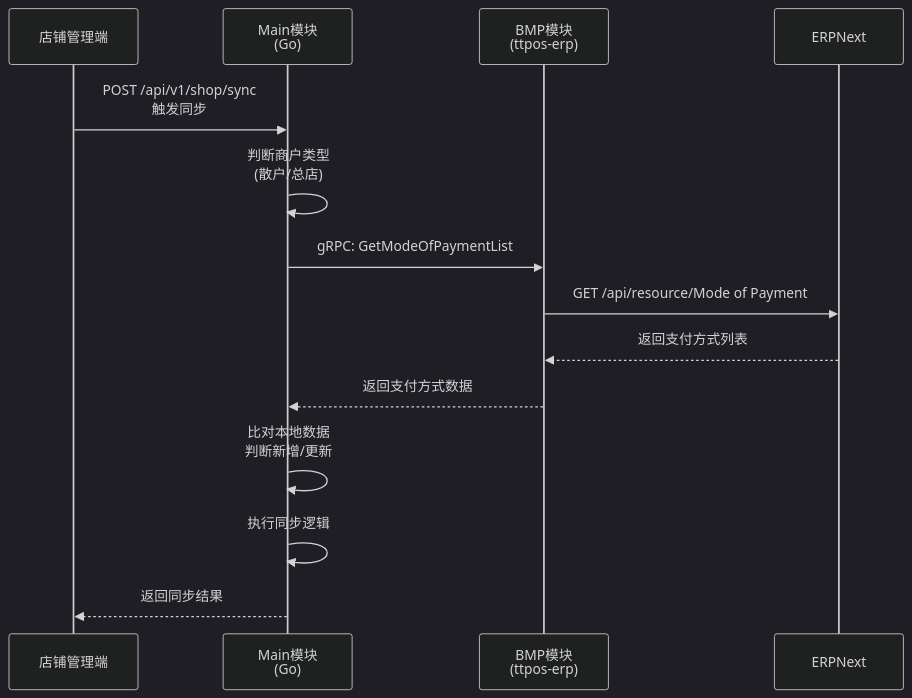
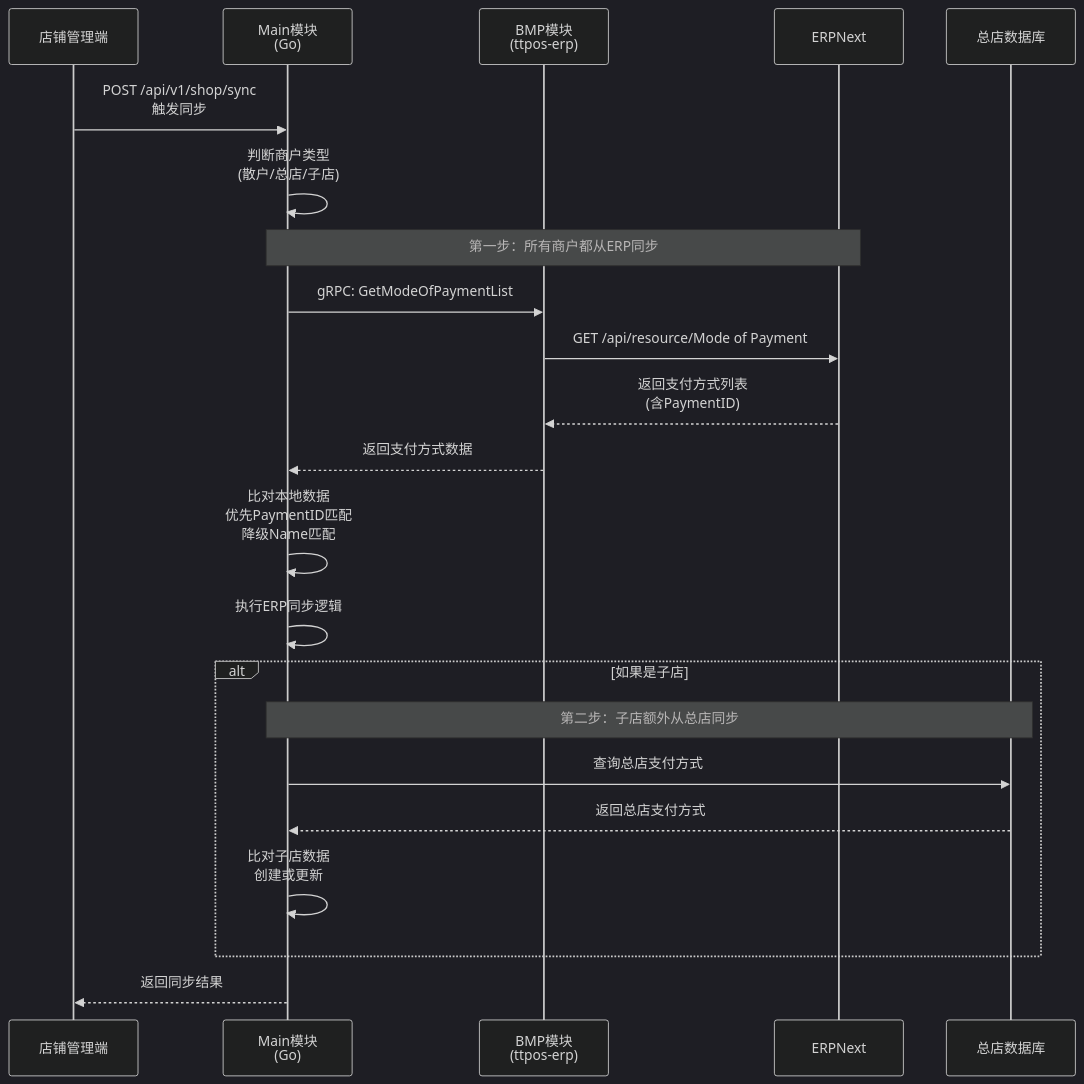
The first of 2 diagrams in docs/shared/specs/active/story-shop-sync-payment-method-from-erp/design.md (hitosea/ttpos-server-go), drawn with Mermaid (dark theme) before and after one commit. The commit also changed other lines of this file and 8 other files, not shown here.

````diff
--- a/docs/shared/specs/active/story-shop-sync-payment-method-from-erp/design.md
+++ b/docs/shared/specs/active/story-shop-sync-payment-method-from-erp/design.md
@@ -14,17 +14,28 @@
 ```mermaid
 sequenceDiagram
     participant Shop as 店铺管理端
     participant Main as Main模块<br/>(Go)
     participant BMP as BMP模块<br/>(ttpos-erp)
     participant ERP as ERPNext
+    participant HQ as 总店数据库
 
     Shop->>Main: POST /api/v1/shop/sync<br/>触发同步
-    Main->>Main: 判断商户类型<br/>(散户/总店)
+    Main->>Main: 判断商户类型<br/>(散户/总店/子店)
+    
+    Note over Main,ERP: 第一步：所有商户都从ERP同步
     Main->>BMP: gRPC: GetModeOfPaymentList
     BMP->>ERP: GET /api/resource/Mode of Payment
-    ERP-->>BMP: 返回支付方式列表
+    ERP-->>BMP: 返回支付方式列表<br/>(含PaymentID)
     BMP-->>Main: 返回支付方式数据
-    Main->>Main: 比对本地数据<br/>判断新增/更新
-    Main->>Main: 执行同步逻辑
+    Main->>Main: 比对本地数据<br/>优先PaymentID匹配<br/>降级Name匹配
+    Main->>Main: 执行ERP同步逻辑
+    
+    alt 如果是子店
+        Note over Main,HQ: 第二步：子店额外从总店同步
+        Main->>HQ: 查询总店支付方式
+        HQ-->>Main: 返回总店支付方式
+        Main->>Main: 比对子店数据<br/>创建或更新
+    end
+    
     Main-->>Shop: 返回同步结果
 ```
````
